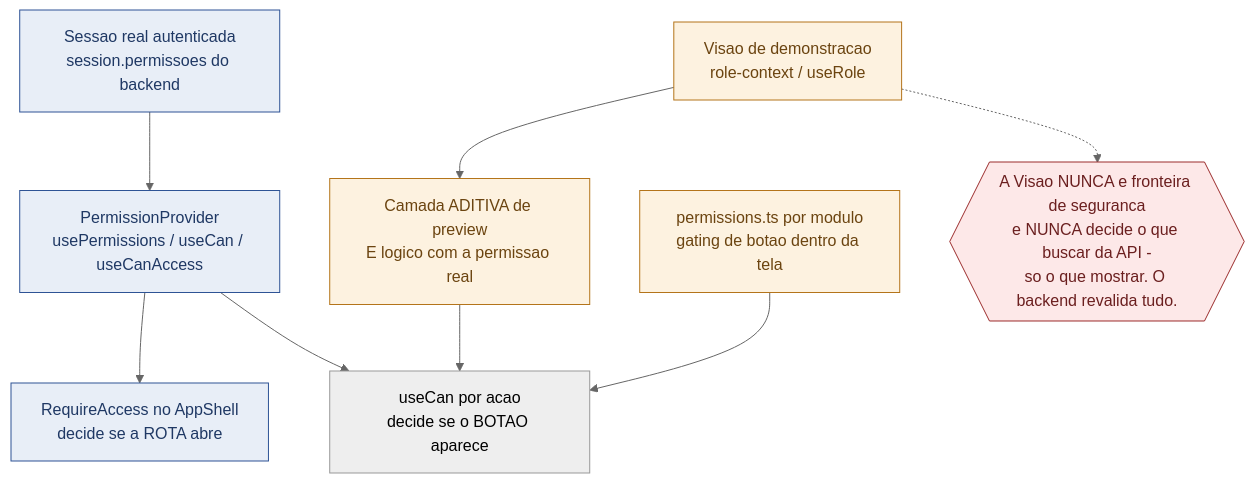
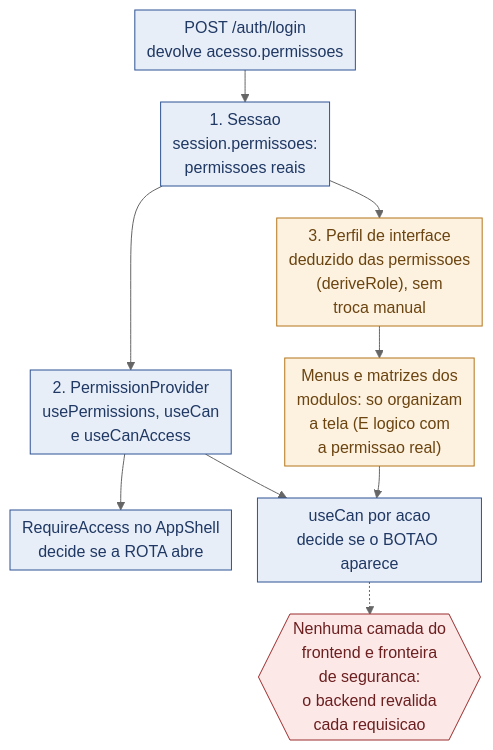
The diagram in docs/diagramas/src/camadas-permissao-front.mmd (bebberjoao/RoosterOneBackend), drawn with Mermaid (neutral theme) before and after one commit. The commit also changed 129 other files, not shown here.

First line of the commit message:
docs: diagramas revistos para legibilidade e conferidos com o código

```diff
--- a/docs/diagramas/src/camadas-permissao-front.mmd
+++ b/docs/diagramas/src/camadas-permissao-front.mmd
@@ -1,22 +1,19 @@
+%%{init: {"flowchart":{"nodeSpacing":26,"rankSpacing":32,"padding":6,"diagramPadding":6}}}%%
 flowchart TD
-  SES[Sessao real autenticada<br/>session.permissoes do backend]
-  SES --> PC[PermissionProvider<br/>usePermissions / useCan / useCanAccess]
-  PC --> RA[RequireAccess no AppShell<br/>decide se a ROTA abre]
-  PC --> BTN[useCan por acao<br/>decide se o BOTAO aparece]
+  LOGIN["POST /auth/login<br/>devolve acesso.permissoes"] --> SES["1. Sessao<br/>session.permissoes:<br/>permissoes reais"]
+  SES --> PC["2. PermissionProvider<br/>usePermissions, useCan<br/>e useCanAccess"]
+  PC --> RA["RequireAccess no AppShell<br/>decide se a ROTA abre"]
+  PC --> BTN["useCan por acao<br/>decide se o BOTAO aparece"]
+  SES --> PERF["3. Perfil de interface<br/>deduzido das permissoes<br/>(deriveRole), sem<br/>troca manual"]
+  PERF --> MENU["Menus e matrizes dos<br/>modulos: so organizam<br/>a tela (E logico com<br/>a permissao real)"]
+  MENU --> BTN
 
-  VIS[Visao de demonstracao<br/>role-context / useRole]
-  VIS --> ADD[Camada ADITIVA de preview<br/>E logico com a permissao real]
-  ADD --> BTN
-
-  MOD[permissions.ts por modulo<br/>gating de botao dentro da tela]
-  MOD --> BTN
-
-  AVISO{{"A Visao NUNCA e fronteira de seguranca<br/>e NUNCA decide o que buscar da API -<br/>so o que mostrar. O backend revalida tudo."}}
-  VIS -.-> AVISO
+  AVISO{{"Nenhuma camada do<br/>frontend e fronteira<br/>de seguranca:<br/>o backend revalida<br/>cada requisicao"}}
+  BTN -.-> AVISO
 
   classDef real fill:#E8EEF7,stroke:#2E5395,color:#1F3864
-  classDef demo fill:#FDF2E0,stroke:#B4741A,color:#6B4410
+  classDef perfil fill:#FDF2E0,stroke:#B4741A,color:#6B4410
   classDef alerta fill:#FDE8E8,stroke:#9B2C2C,color:#6B1F1F
-  class SES,PC,RA real
-  class VIS,ADD,MOD demo
+  class LOGIN,SES,PC,RA,BTN real
+  class PERF,MENU perfil
   class AVISO alerta
```
